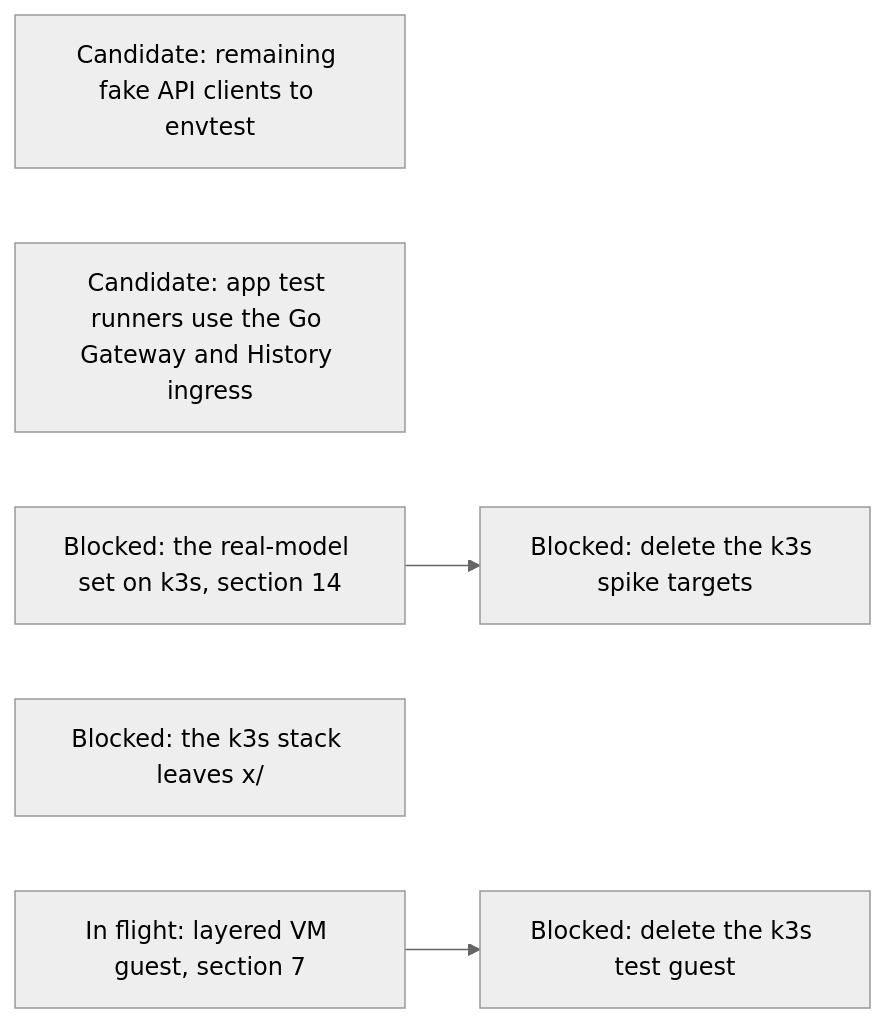
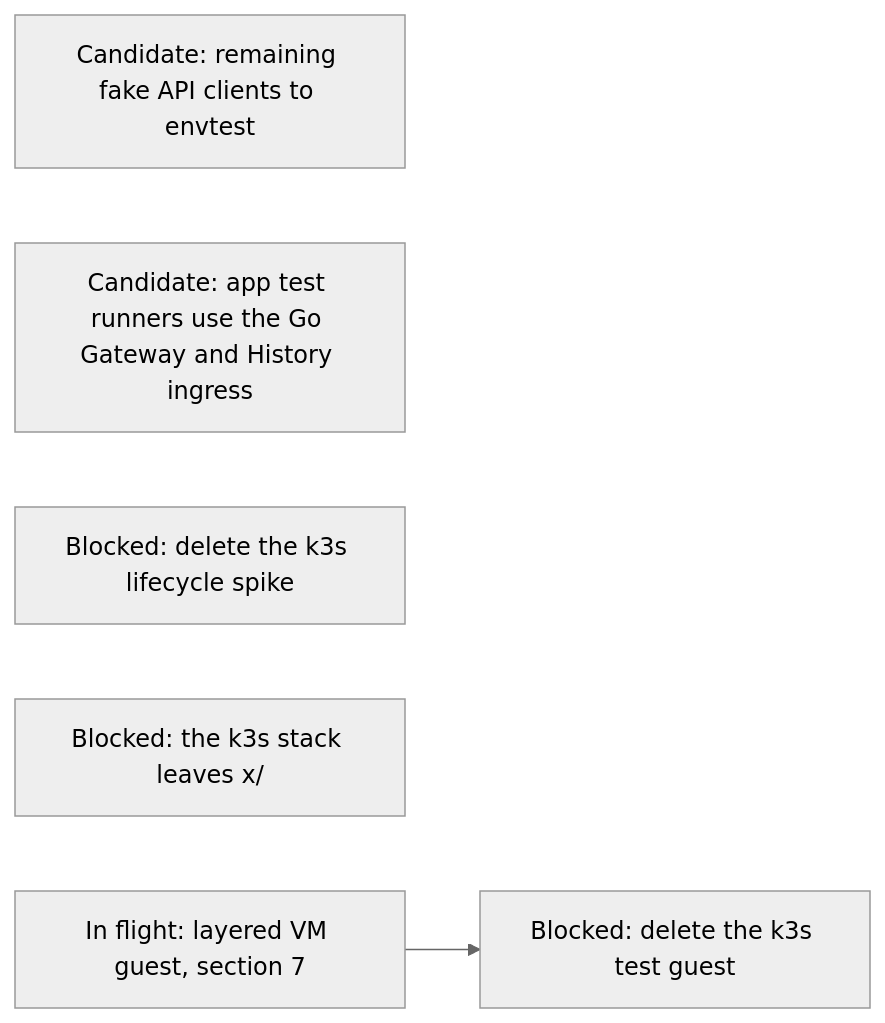
Before and after one commit to agentydragon-agent/ducktape: diagram 19 of 19 in agentplane/plans/task_dag.md, drawn with Mermaid (neutral theme). The commit also changed other lines of this file and 13 other files, not shown here.

First line of the commit message:
agentplane: real-model system tests on k3s

````diff
--- a/agentplane/plans/task_dag.md
+++ b/agentplane/plans/task_dag.md
@@ -1992,8 +1988,8 @@
 ```mermaid
 flowchart LR
     FAKE_CLIENTS_TO_ENVTEST[Candidate: remaining fake API clients to envtest]
     APP_TEST_RUNNER_FIXTURES_GO[Candidate: app test runners use the Go Gateway and History ingress]
-    K3S_MODEL_SCENARIOS[Blocked: the real-model set on k3s, section 14] --> K3S_SPIKE_TARGETS_RETIRE[Blocked: delete the k3s spike targets]
+    K3S_SPIKE_TARGETS_RETIRE[Blocked: delete the k3s lifecycle spike]
     K3S_ENV_OUT_OF_X[Blocked: the k3s stack leaves x/]
     RUNNER_LAYERING_VM[In flight: layered VM guest, section 7] --> K3S_TEST_GUEST_RETIRE[Blocked: delete the k3s test guest]
 ```
````
